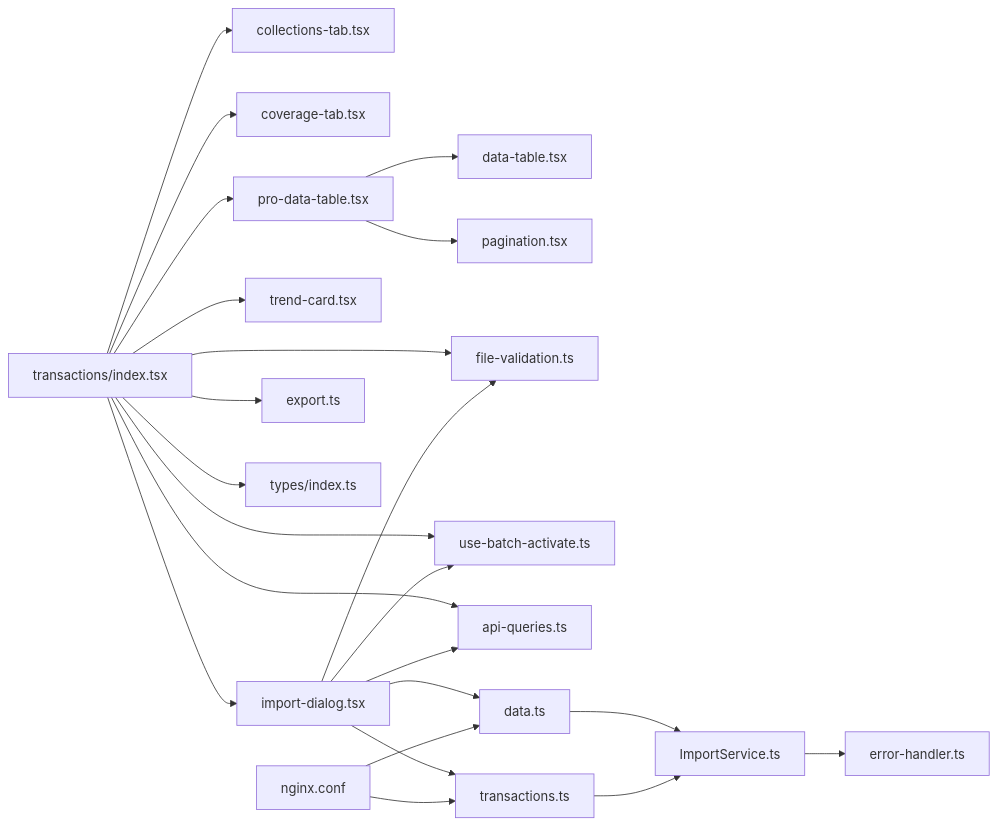
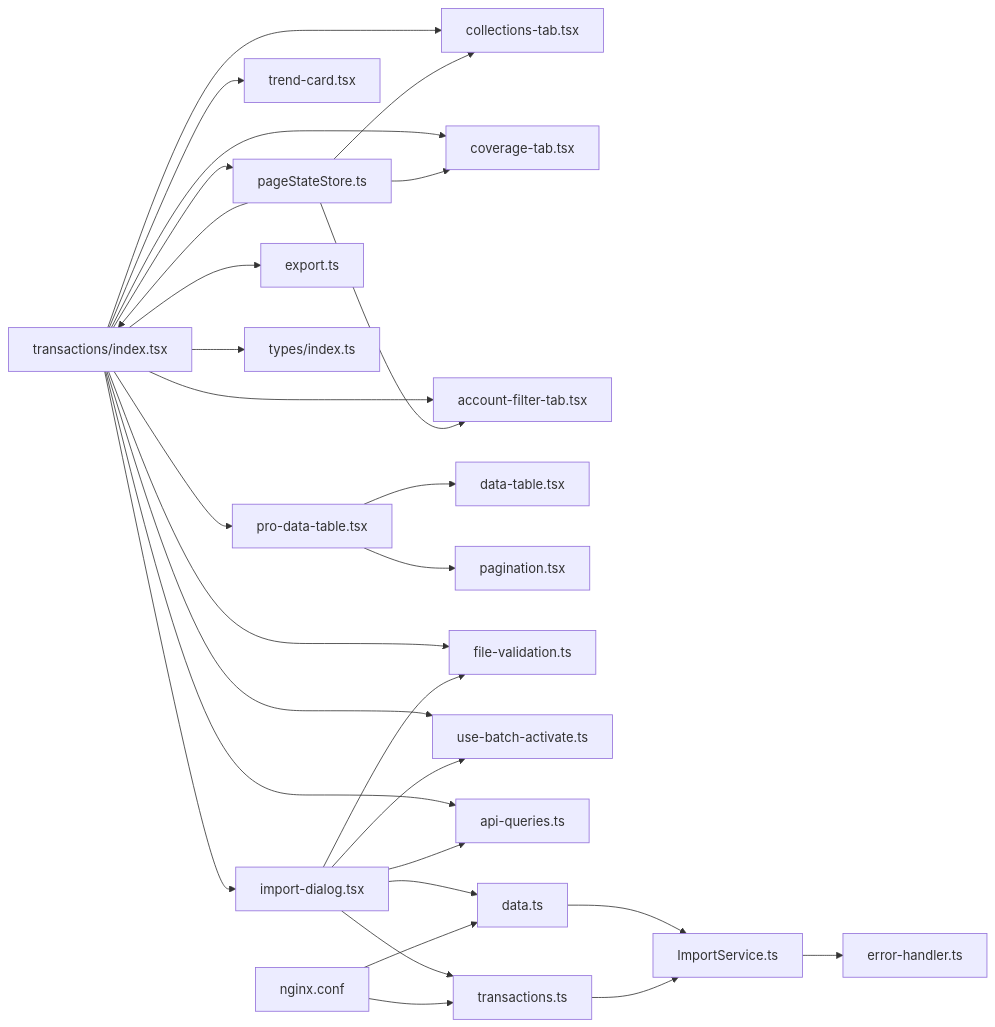
Before and after one commit to Damao997/newproject: the third of 3 diagrams in .qoder/repowiki/zh/content/页面组件/交易记录页面/交易记录页面.md, drawn with Mermaid. The commit also changed other lines of this file and 22 other files, not shown here.

````diff
--- a/.qoder/repowiki/zh/content/页面组件/交易记录页面/交易记录页面.md
+++ b/.qoder/repowiki/zh/content/页面组件/交易记录页面/交易记录页面.md
@@ -531,25 +633,31 @@
 ```mermaid
 graph LR
 TX["transactions/index.tsx"] --> CT["collections-tab.tsx"]
 TX --> CVT["coverage-tab.tsx"]
+TX --> AFT["account-filter-tab.tsx"]
 TX --> ID["import-dialog.tsx"]
 TX --> TC["trend-card.tsx"]
 TX --> PDT["pro-data-table.tsx"]
+TX --> PSS["pageStateStore.ts"]
 PDT --> DT["data-table.tsx"]
 PDT --> PAG["pagination.tsx"]
 TX --> EXP["export.ts"]
 TX --> FV["file-validation.ts"]
 TX --> BA["use-batch-activate.ts"]
 TX --> AQ["api-queries.ts"]
 TX --> TYP["types/index.ts"]
 ID --> FV
 ID --> BA
 ID --> AQ
 ID --> DR["data.ts"]
 ID --> TR["transactions.ts"]
 DR --> IS["ImportService.ts"]
 TR --> IS
 IS --> EH["error-handler.ts"]
 NGINX["nginx.conf"] --> DR
 NGINX --> TR
+PSS --> TX
+PSS --> CT
+PSS --> CVT
+PSS --> AFT
 ```
````
